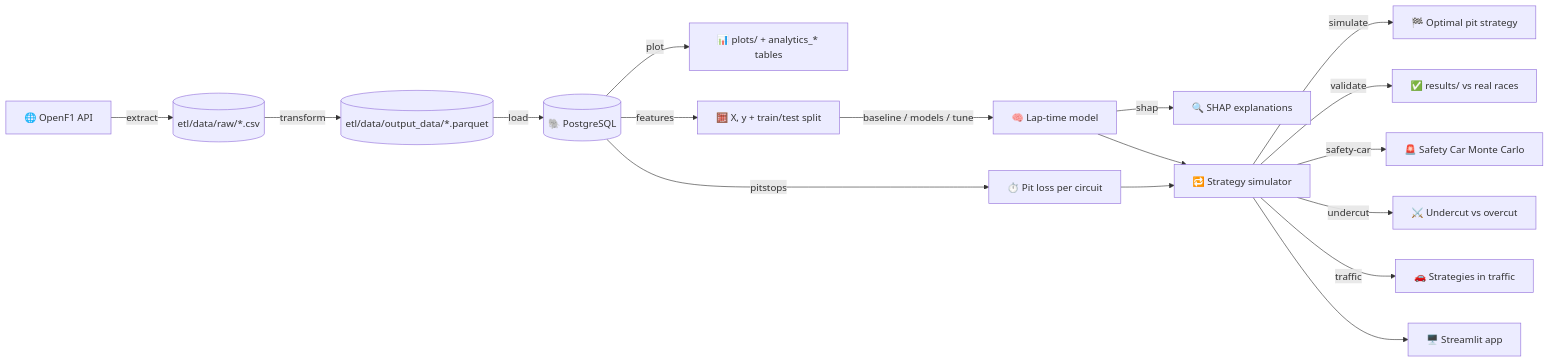
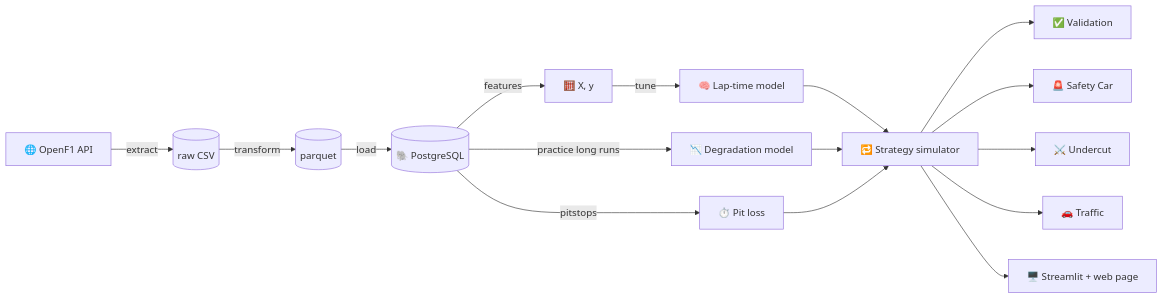
One commit to anabbarbosa/predictive_race_strategy changed the diagram in README.md. Above: the diagram before and after it, drawn with Mermaid. The commit also changed other lines of this file and 2 other files, not shown here.

Commit message:
docs: leaner README with updated results, dark-mode preview, circuit experiment note

````diff
--- a/README.md
+++ b/README.md
@@ -43,19 +46,18 @@
 ```mermaid
 flowchart LR
-    A[🌐 OpenF1 API] -->|extract| B[(etl/data/raw/*.csv)]
-    B -->|transform| C[(etl/data/output_data/*.parquet)]
+    A[🌐 OpenF1 API] -->|extract| B[(raw CSV)]
+    B -->|transform| C[(parquet)]
     C -->|load| D[(🐘 PostgreSQL)]
-    D -->|plot| H[📊 plots/ + analytics_* tables]
-    D -->|features| I[🧮 X, y + train/test split]
-    I -->|baseline / models / tune| E[🧠 Lap-time model]
-    D -->|pitstops| P[⏱️ Pit loss per circuit]
-    E -->|shap| X[🔍 SHAP explanations]
+    D -->|features| I[🧮 X, y]
+    I -->|tune| E[🧠 Lap-time model]
+    D -->|practice long runs| R[📉 Degradation model]
+    D -->|pitstops| P[⏱️ Pit loss]
     E --> F[🔁 Strategy simulator]
+    R --> F
     P --> F
-    F -->|simulate| G[🏁 Optimal pit strategy]
-    F -->|validate| V[✅ results/ vs real races]
-    F -->|safety-car| S[🚨 Safety Car Monte Carlo]
-    F -->|undercut| U[⚔️ Undercut vs overcut]
-    F -->|traffic| T[🚗 Strategies in traffic]
-    F --> W[🖥️ Streamlit app]
+    F --> V[✅ Validation]
+    F --> S[🚨 Safety Car]
+    F --> U[⚔️ Undercut]
+    F --> T[🚗 Traffic]
+    F --> W[🖥️ Streamlit + web page]
 ```
````
